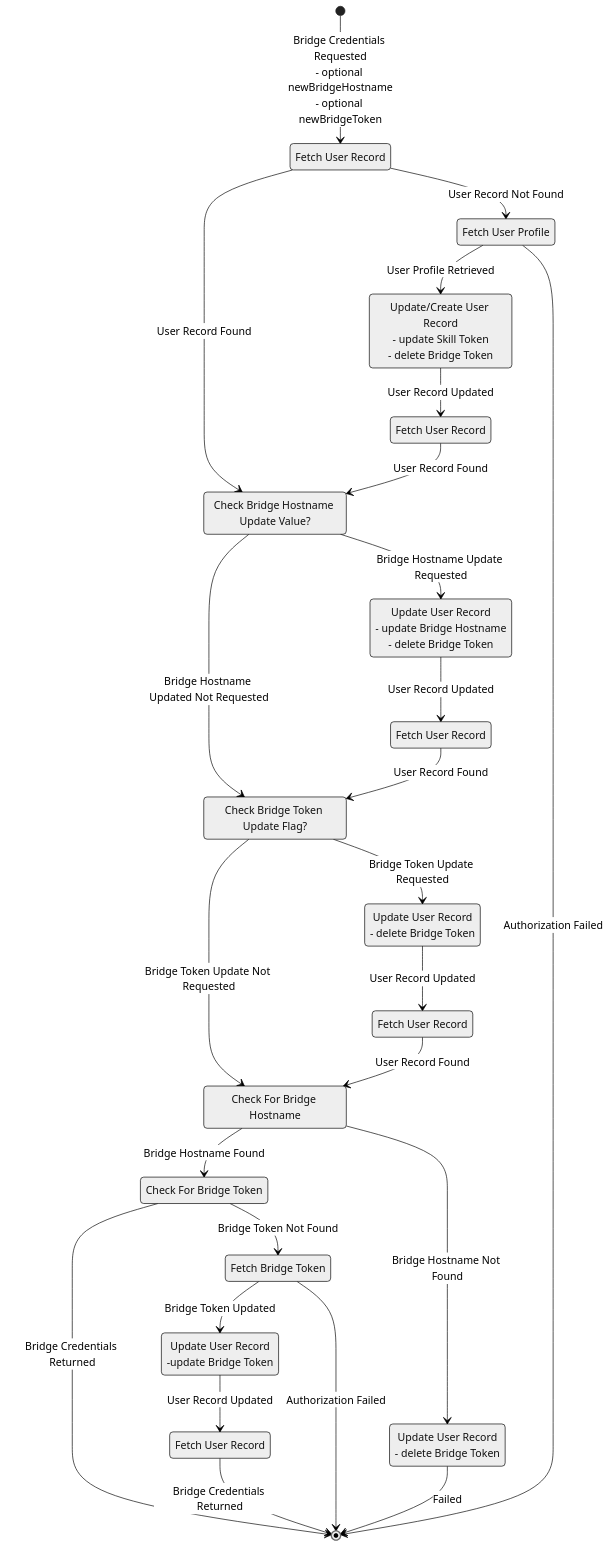
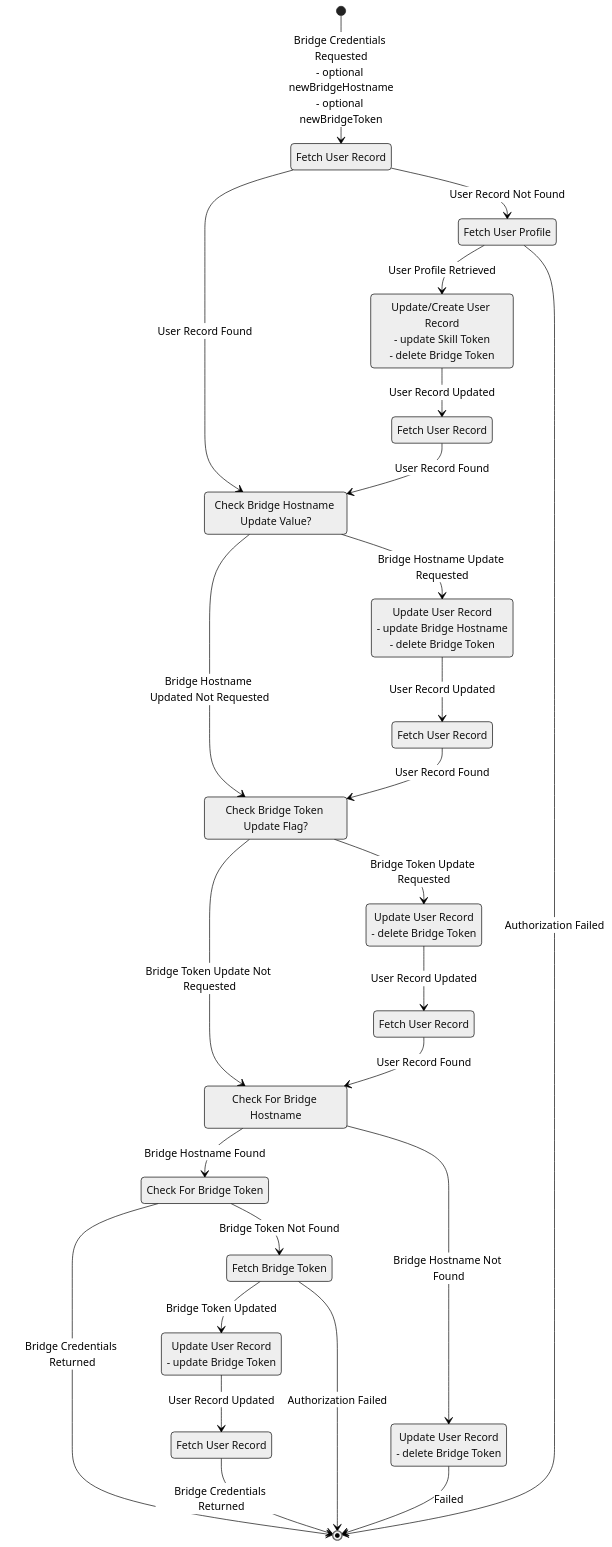
One commit to pebender/alexa-for-lg-webos-tv changed the second of 2 diagrams in docs.in/pages/design/skill.md. Above: the diagram before and after it, drawn with Mermaid (neutral theme). The commit also changed other lines of this file, not shown here.

````diff
--- a/docs.in/pages/design/skill.md
+++ b/docs.in/pages/design/skill.md
@@ -113,69 +113,69 @@
 ```mermaid
 stateDiagram-v2
   direction TB
 
 fetchUserRecord1: Fetch User Record
 
 fetchUserProfile2: Fetch User Profile
 updateUserRecord2: Update/Create User Record<br>- update Skill Token<br>- delete Bridge Token
 fetchUserRecord2: Fetch User Record
 
 checkBridgeHostnameUpdateValue: Check Bridge Hostname Update Value?
 updateUserRecord3: Update User Record<br>- update Bridge Hostname<br>- delete Bridge Token
 fetchUserRecord3: Fetch User Record
 
 checkBridgeTokenUpdateFlag: Check Bridge Token Update Flag?
 updateUserRecord4: Update User Record<br>- delete Bridge Token
 fetchUserRecord4: Fetch User Record
 
 checkBridgeHostname5: Check For Bridge Hostname
 
 checkBridgeToken6: Check For Bridge Token
 
 updateUserRecord7: Update User Record<br>- delete Bridge Token
 
 fetchBridgeToken8: Fetch Bridge Token
-updateUserRecord8: Update User Record<br>-update Bridge Token
+updateUserRecord8: Update User Record<br>- update Bridge Token
 fetchUserRecord8: Fetch User Record
 
 [*] --> fetchUserRecord1: Bridge Credentials Requested<br>- optional newBridgeHostname<br>- optional newBridgeToken
 
 fetchUserRecord1 --> checkBridgeHostnameUpdateValue: User Record Found
 fetchUserRecord1 --> fetchUserProfile2: User Record Not Found
 
 fetchUserProfile2 --> updateUserRecord2: User Profile Retrieved
 updateUserRecord2 --> fetchUserRecord2: User Record Updated
 
 fetchUserRecord2 --> checkBridgeHostnameUpdateValue: User Record Found
 
 checkBridgeHostnameUpdateValue --> checkBridgeTokenUpdateFlag: Bridge Hostname Updated Not Requested
 checkBridgeHostnameUpdateValue --> updateUserRecord3: Bridge Hostname Update Requested
 
 updateUserRecord3 --> fetchUserRecord3: User Record Updated
 
 fetchUserRecord3 -->  checkBridgeTokenUpdateFlag: User Record Found
 
 checkBridgeTokenUpdateFlag --> checkBridgeHostname5: Bridge Token Update Not Requested
 checkBridgeTokenUpdateFlag --> updateUserRecord4: Bridge Token Update Requested
 
 updateUserRecord4 --> fetchUserRecord4: User Record Updated
 
 fetchUserRecord4 --> checkBridgeHostname5: User Record Found
 
 checkBridgeHostname5 --> checkBridgeToken6: Bridge Hostname Found
 checkBridgeHostname5 --> updateUserRecord7: Bridge Hostname Not Found
 
 checkBridgeToken6 --> [*]: Bridge Credentials Returned
 checkBridgeToken6 --> fetchBridgeToken8: Bridge Token Not Found
 
 updateUserRecord7 --> [*]: Failed
 
 fetchBridgeToken8 --> updateUserRecord8: Bridge Token Updated
 
 updateUserRecord8 --> fetchUserRecord8: User Record Updated
 fetchUserRecord8 --> [*]: Bridge Credentials Returned
 
 
 fetchBridgeToken8 --> [*]: Authorization Failed
 fetchUserProfile2 --> [*]: Authorization Failed
 ```
````
